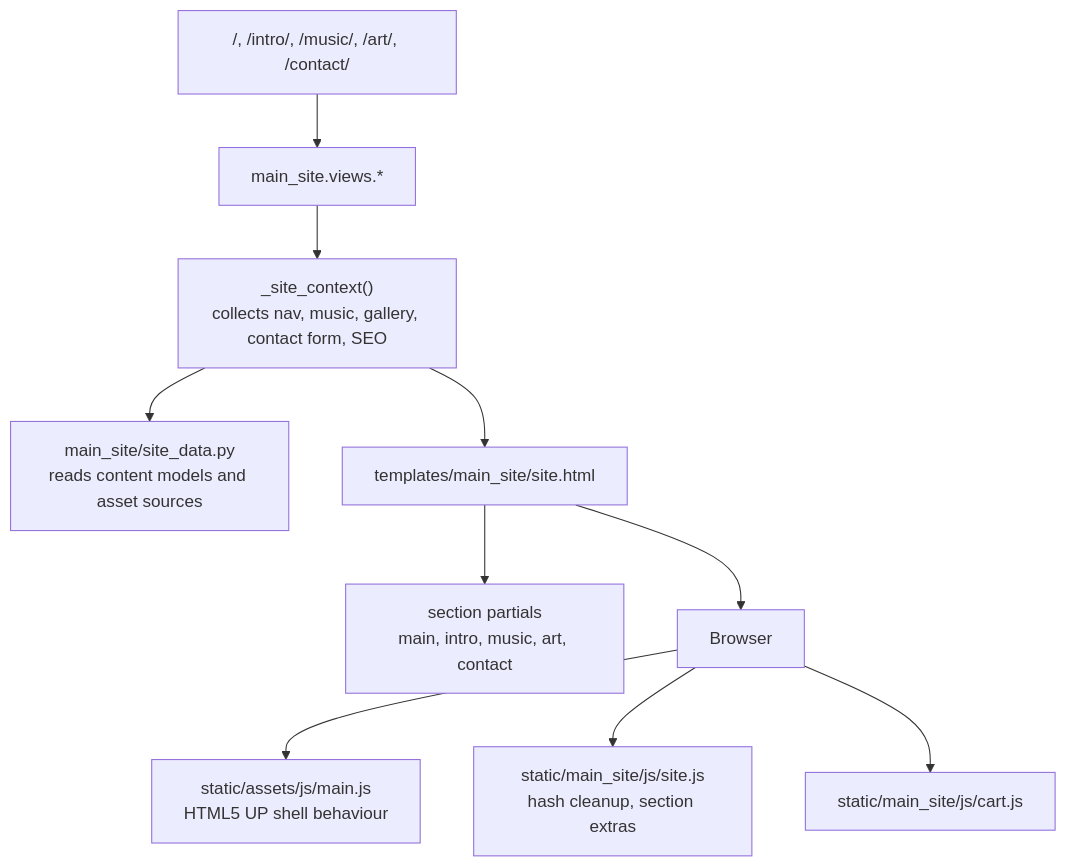
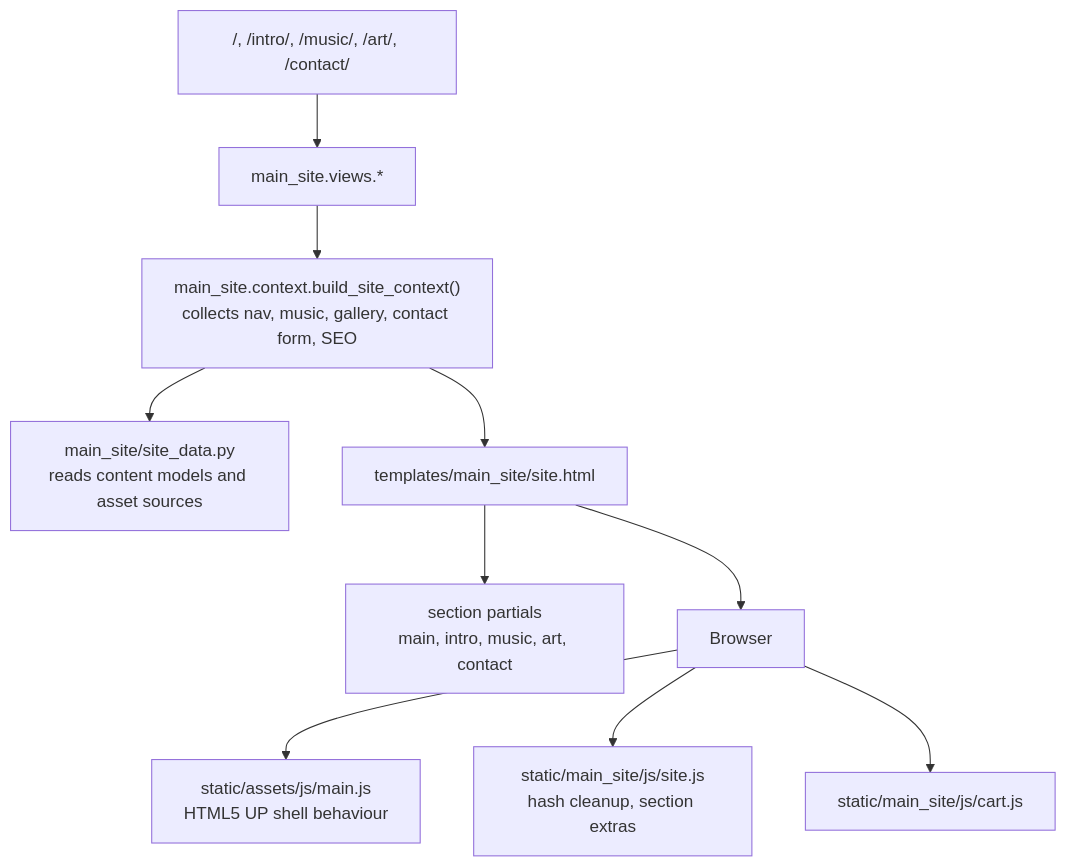
Before and after one commit to johnhubertjj/JosephlovesJohn_website: the third of 5 diagrams in docs/architecture/repository-architecture.md, drawn with Mermaid. The commit also changed 10 other files, not shown here.

````diff
--- a/docs/architecture/repository-architecture.md
+++ b/docs/architecture/repository-architecture.md
@@ -81,23 +81,23 @@
 ```mermaid
 flowchart TD
     Route["/, /intro/, /music/, /art/, /contact/"]
     MainView["main_site.views.*"]
-    SiteContext["_site_context()<br>collects nav, music, gallery, contact form, SEO"]
+    SiteContext["main_site.context.build_site_context()<br>collects nav, music, gallery, contact form, SEO"]
     SiteData["main_site/site_data.py<br>reads content models and asset sources"]
     SiteTemplate["templates/main_site/site.html"]
     Sections["section partials<br>main, intro, music, art, contact"]
     ThemeJS["static/assets/js/main.js<br>HTML5 UP shell behaviour"]
     SiteJS["static/main_site/js/site.js<br>hash cleanup, section extras"]
     CartJS["static/main_site/js/cart.js"]
     Browser["Browser"]
 
     Route --> MainView
     MainView --> SiteContext
     SiteContext --> SiteData
     SiteContext --> SiteTemplate
     SiteTemplate --> Sections
     SiteTemplate --> Browser
     Browser --> ThemeJS
     Browser --> SiteJS
     Browser --> CartJS
 ```
````
